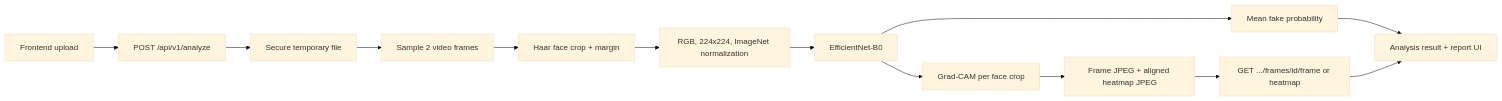
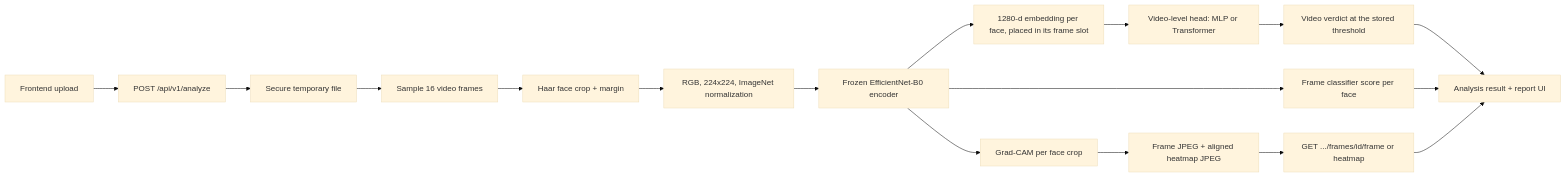
Before and after one commit to GokulM8/deep-fake-shield: the diagram in README.md, drawn with Mermaid (base theme). The commit also changed other lines of this file and 3 other files, not shown here.

````diff
--- a/README.md
+++ b/README.md
@@ -135,15 +173,19 @@
 ```mermaid
 flowchart LR
 		A[Frontend upload] --> B[POST /api/v1/analyze]
 		B --> C[Secure temporary file]
-		C --> D[Sample 2 video frames]
+		C --> D[Sample 16 video frames]
 		D --> E[Haar face crop + margin]
 		E --> F[RGB, 224x224, ImageNet normalization]
-		F --> G[EfficientNet-B0]
-		G --> H[Mean fake probability]
+		F --> G[Frozen EfficientNet-B0 encoder]
+		G --> M[1280-d embedding per face, placed in its frame slot]
+		M --> H[Video-level head: MLP or Transformer]
+		H --> V[Video verdict at the stored threshold]
+		G --> S[Frame classifier score per face]
 		G --> J[Grad-CAM per face crop]
 		J --> K[Frame JPEG + aligned heatmap JPEG]
-		H --> I[Analysis result + report UI]
+		V --> I[Analysis result + report UI]
+		S --> I
 		K --> L[GET .../frames/id/frame or heatmap]
 		L --> I
 ```
````
